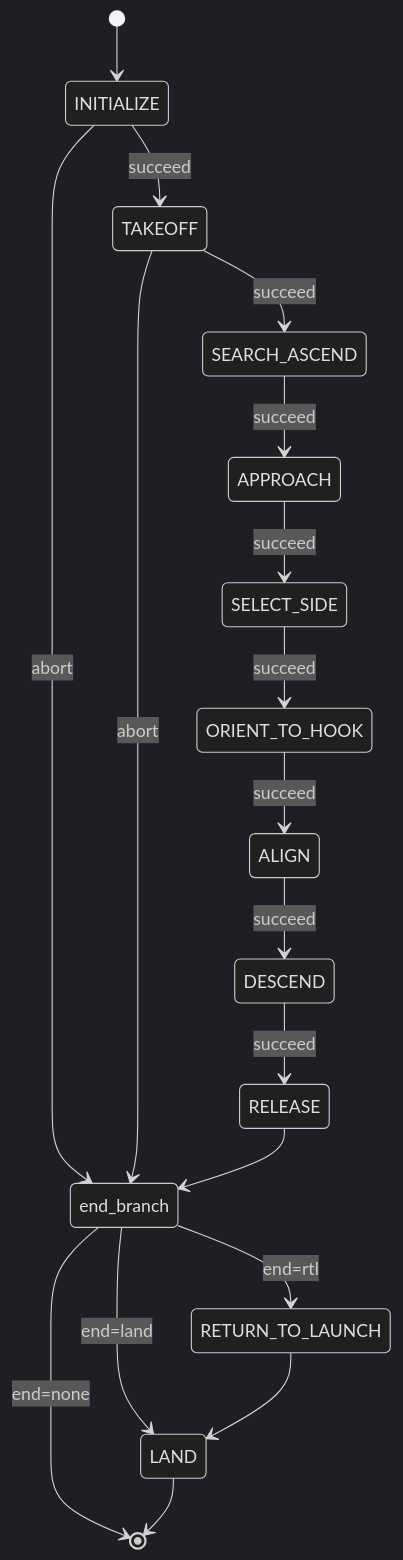
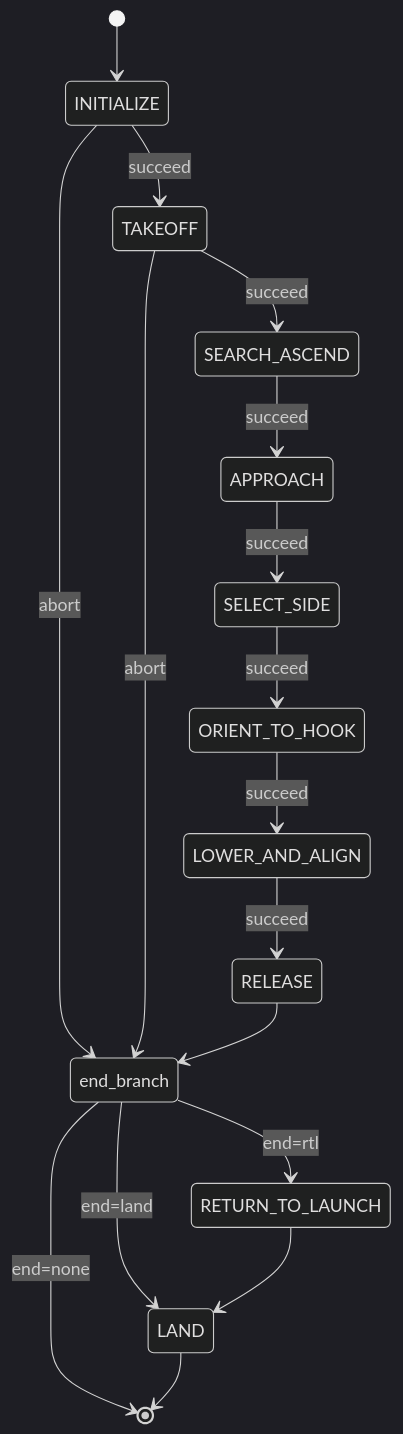
One commit to Black-Bee-Drones/SAE-2026 changed the diagram in hook/README.md. Above: the diagram before and after it, drawn with Mermaid (dark theme). The commit also changed other lines of this file and 10 other files, not shown here.

Commit message:
refactor: merge alignment and descent states into LowerAndAlign, update approach logic for predictive yaw for correct align orientation

````diff
--- a/hook/README.md
+++ b/hook/README.md
@@ -89,20 +93,19 @@
 ```mermaid
 stateDiagram-v2
     [*] --> INITIALIZE
     INITIALIZE --> TAKEOFF: succeed
     INITIALIZE --> end_branch: abort
     TAKEOFF --> SEARCH_ASCEND: succeed
     TAKEOFF --> end_branch: abort
     SEARCH_ASCEND --> APPROACH: succeed
     APPROACH --> SELECT_SIDE: succeed
     SELECT_SIDE --> ORIENT_TO_HOOK: succeed
-    ORIENT_TO_HOOK --> ALIGN: succeed
-    ALIGN --> DESCEND: succeed
-    DESCEND --> RELEASE: succeed
+    ORIENT_TO_HOOK --> LOWER_AND_ALIGN: succeed
+    LOWER_AND_ALIGN --> RELEASE: succeed
     RELEASE --> end_branch
     end_branch --> RETURN_TO_LAUNCH: end=rtl
     end_branch --> LAND: end=land
     end_branch --> [*]: end=none
     RETURN_TO_LAUNCH --> LAND
     LAND --> [*]
 ```
````
